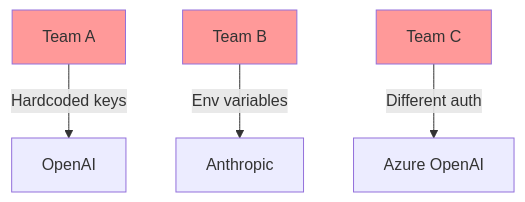
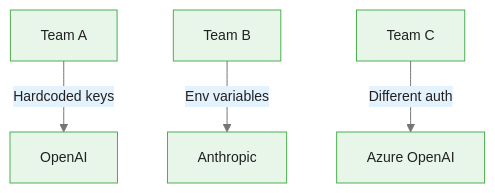
One commit to m-deane/course-creator changed the first of 5 diagrams in courses/dataiku-genai/modules/module_00_llm_mesh/guides/01_llm_mesh_architecture_slides.md. Above: the diagram before and after it, drawn with Mermaid. The commit also changed other lines of this file and 54 other files, not shown here.

````diff
--- a/courses/dataiku-genai/modules/module_00_llm_mesh/guides/01_llm_mesh_architecture_slides.md
+++ b/courses/dataiku-genai/modules/module_00_llm_mesh/guides/01_llm_mesh_architecture_slides.md
@@ -37,9 +41,7 @@
 ```mermaid
+%%{init: {"theme": "base", "themeVariables": {"primaryColor": "#e8f5e9", "primaryBorderColor": "#4caf50", "primaryTextColor": "#212121", "secondaryColor": "#e3f2fd", "tertiaryColor": "#fff8e1", "lineColor": "#757575", "fontFamily": "Inter, sans-serif", "fontSize": "14px"}}}%%
 graph TD
     A[Team A] -->|Hardcoded keys| O[OpenAI]
     B[Team B] -->|Env variables| AN[Anthropic]
     C[Team C] -->|Different auth| AZ[Azure OpenAI]
-    style A fill:#f99
-    style B fill:#f99
-    style C fill:#f99
 ```
````
